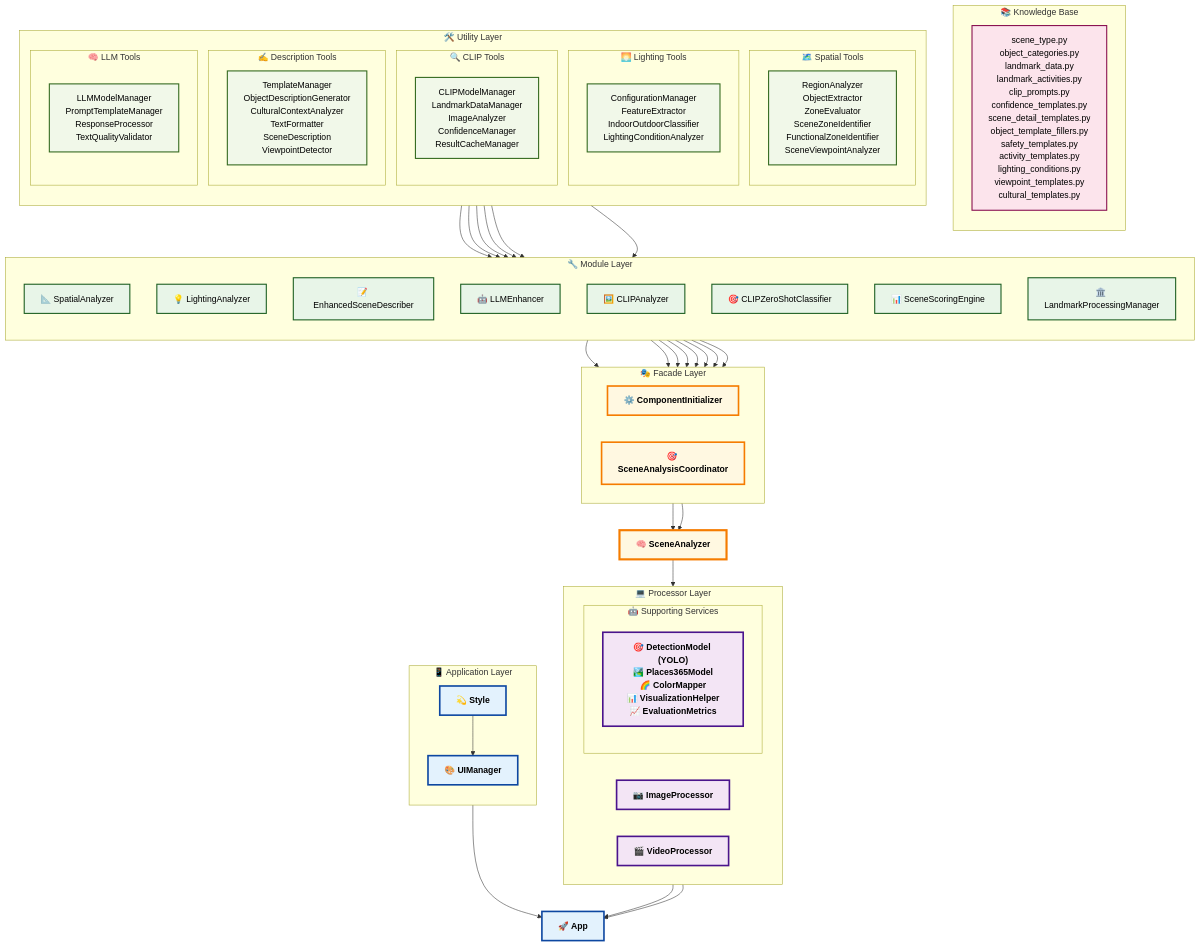
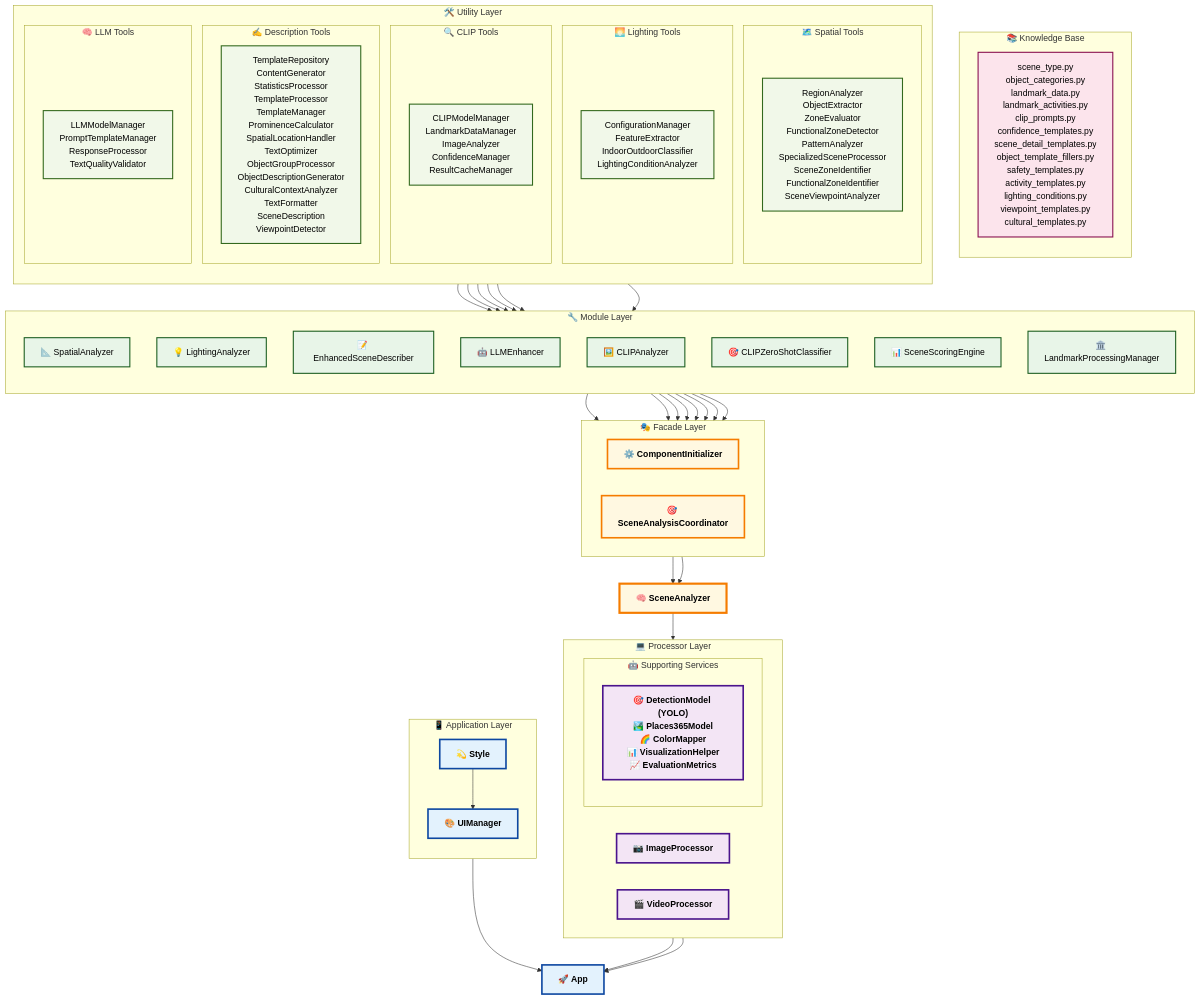
Before and after one commit to Eric-Chung-0511/Learning-Record: the diagram in Data Science Projects/VisionScout/README.md, drawn with Mermaid. The commit also changed other lines of this file, not shown here.

```diff
--- a/Data Science Projects/VisionScout/README.md
+++ b/Data Science Projects/VisionScout/README.md
@@ -164,7 +164,7 @@
     subgraph "🛠️ Utility Layer"
         direction TB
         subgraph "🗺️ Spatial Tools"
-            SpatialTools["RegionAnalyzer<br/>ObjectExtractor<br/>ZoneEvaluator<br/>SceneZoneIdentifier<br/>FunctionalZoneIdentifier<br/>SceneViewpointAnalyzer"]
+            SpatialTools["RegionAnalyzer<br/>ObjectExtractor<br/>ZoneEvaluator<br/>FunctionalZoneDetector<br/>PatternAnalyzer<br/>SpecializedSceneProcessor<br/>SceneZoneIdentifier<br/>FunctionalZoneIdentifier<br/>SceneViewpointAnalyzer"]
         end
         
         subgraph "🌅 Lighting Tools"
@@ -176,7 +176,7 @@
         end
         
         subgraph "✍️ Description Tools"
-            DescriptionTools["TemplateManager<br/>ObjectDescriptionGenerator<br/>CulturalContextAnalyzer<br/>TextFormatter<br/>SceneDescription<br/>ViewpointDetector"]
+            DescriptionTools["TemplateRepository<br/>ContentGenerator<br/>StatisticsProcessor<br/>TemplateProcessor<br/>TemplateManager<br/>ProminenceCalculator<br/>SpatialLocationHandler<br/>TextOptimizer<br/>ObjectGroupProcessor<br/>ObjectDescriptionGenerator<br/>CulturalContextAnalyzer<br/>TextFormatter<br/>SceneDescription<br/>ViewpointDetector"]
         end
         
         subgraph "🧠 LLM Tools"
```
